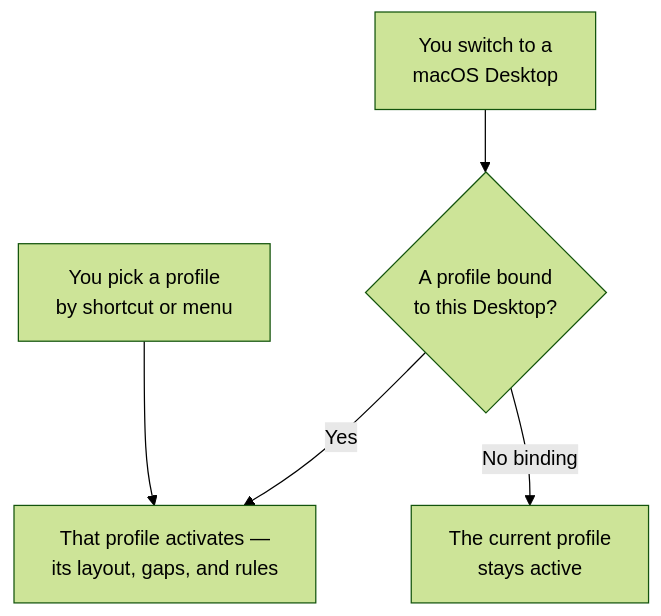
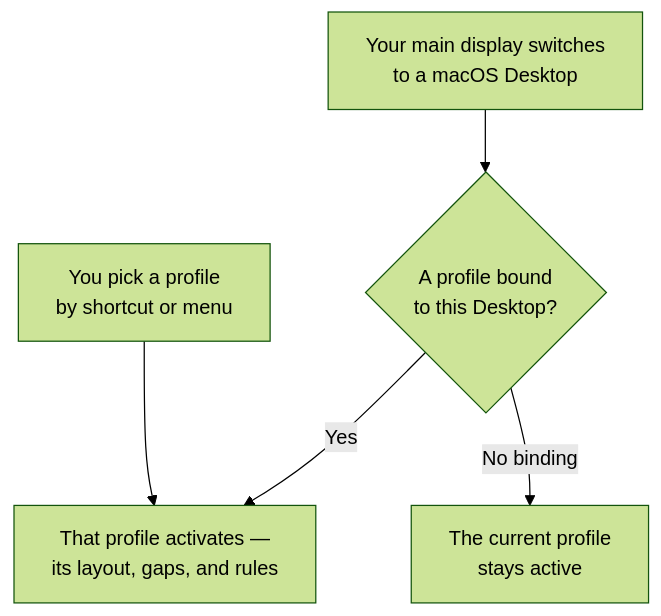
The third of 3 diagrams in docs/user-guide.md (KiwiCanopy/KiwiDesk), drawn with Mermaid (forest theme) before and after one commit. The commit also changed other lines of this file and 31 other files, not shown here.

````diff
--- a/docs/user-guide.md
+++ b/docs/user-guide.md
@@ -2809,7 +2805,7 @@
 ```mermaid
 flowchart TD
-    S["You switch to a<br/>macOS Desktop"] --> B{"A profile bound<br/>to this Desktop?"}
+    S["Your main display switches<br/>to a macOS Desktop"] --> B{"A profile bound<br/>to this Desktop?"}
     B -->|"Yes"| A["That profile activates —<br/>its layout, gaps, and rules"]
     B -->|"No binding"| K["The current profile<br/>stays active"]
     P["You pick a profile<br/>by shortcut or menu"] --> A
 ```
````
